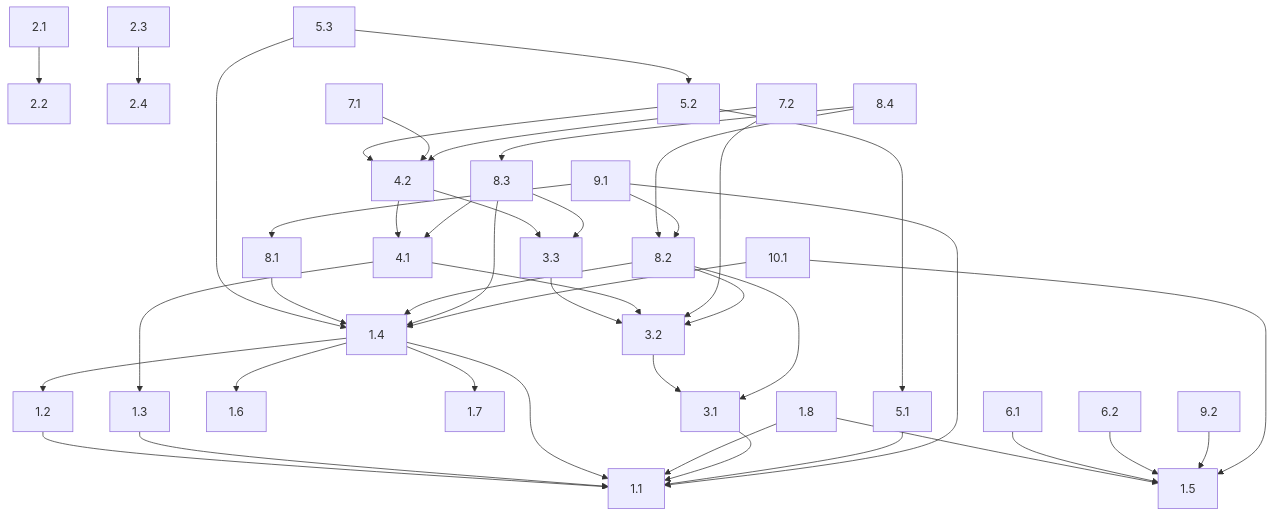
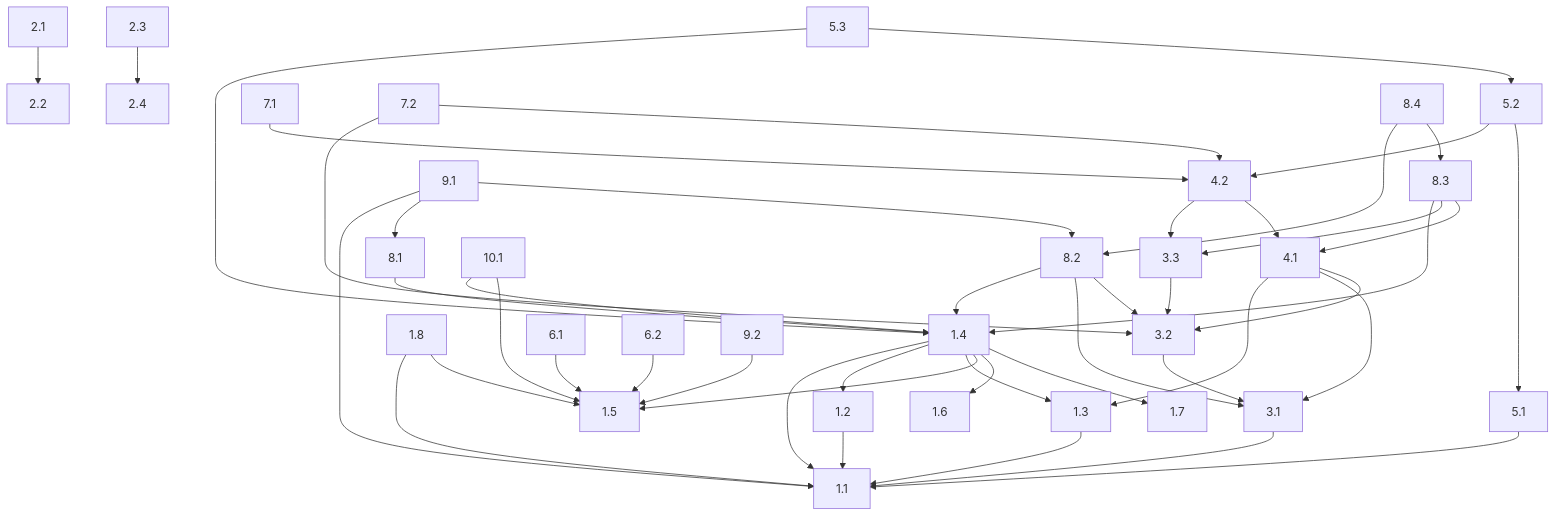
One commit to spottenn/LuxoAiApp changed the diagram in docs/planning/PLANNING_TASKS.md. Above: the diagram before and after it, drawn with Mermaid. The commit also changed other lines of this file, not shown here.

````diff
--- a/docs/planning/PLANNING_TASKS.md
+++ b/docs/planning/PLANNING_TASKS.md
@@ -867,45 +867,48 @@
 ```mermaid
 graph TD;
     1.2 --> 1.1
     1.3 --> 1.1
     1.4 --> 1.1
     1.4 --> 1.2
+    1.4 --> 1.3
+    1.4 --> 1.5
     1.4 --> 1.6
     1.4 --> 1.7
     1.8 --> 1.1
     1.8 --> 1.5
     2.1 --> 2.2
     2.3 --> 2.4
     3.1 --> 1.1
     3.2 --> 3.1
     3.3 --> 3.2
     4.1 --> 1.3
+    4.1 --> 3.1
     4.1 --> 3.2
     4.2 --> 3.3
     4.2 --> 4.1
     5.1 --> 1.1
     5.2 --> 4.2
     5.2 --> 5.1
     5.3 --> 1.4
     5.3 --> 5.2
     6.1 --> 1.5
     6.2 --> 1.5
     7.1 --> 4.2
     7.2 --> 3.2
     7.2 --> 4.2
     8.1 --> 1.4
     8.2 --> 1.4
     8.2 --> 3.1
     8.2 --> 3.2
     8.3 --> 1.4
     8.3 --> 3.3
     8.3 --> 4.1
     8.4 --> 8.2
     8.4 --> 8.3
     9.1 --> 1.1
     9.1 --> 8.1
     9.1 --> 8.2
     9.2 --> 1.5
     10.1 --> 1.4
     10.1 --> 1.5
 ```
````
